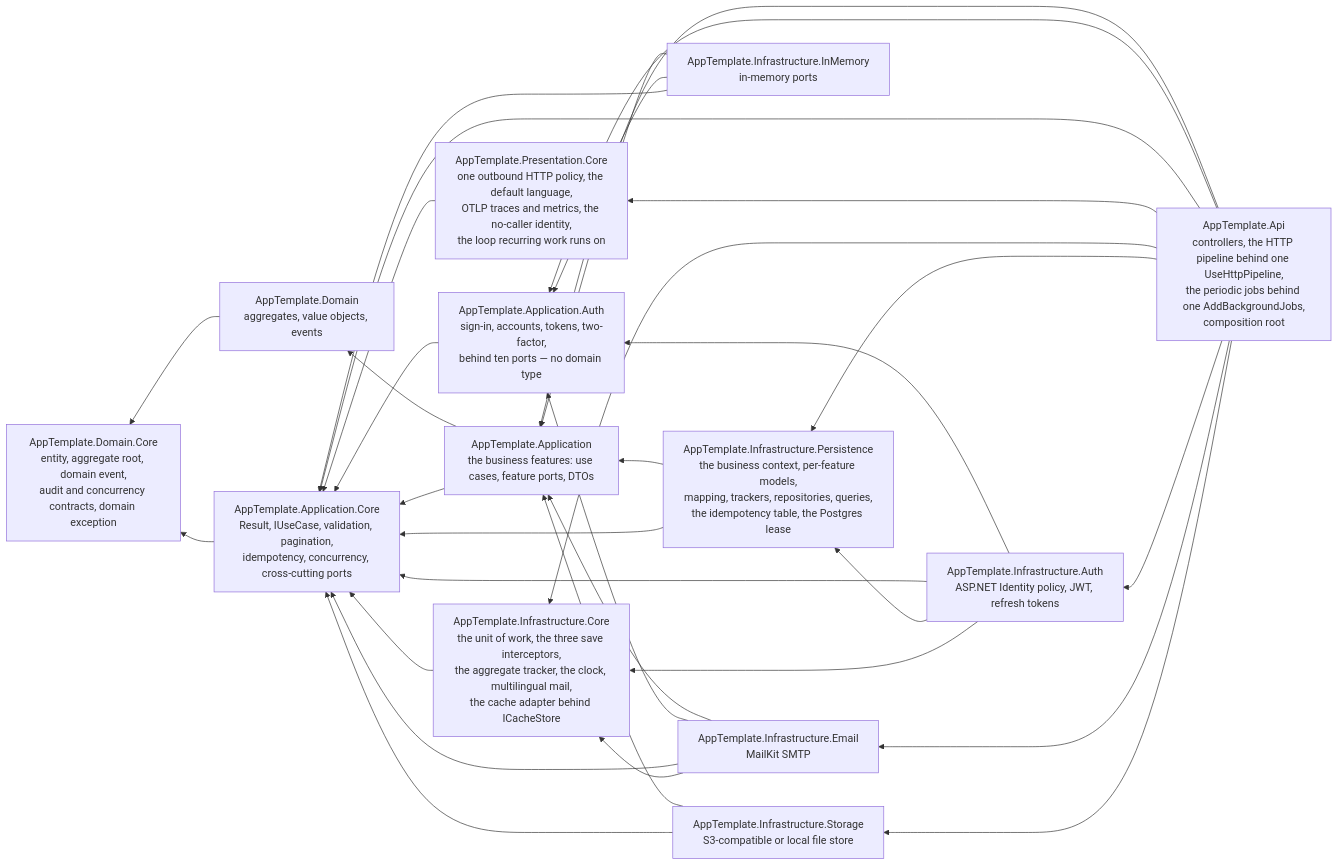
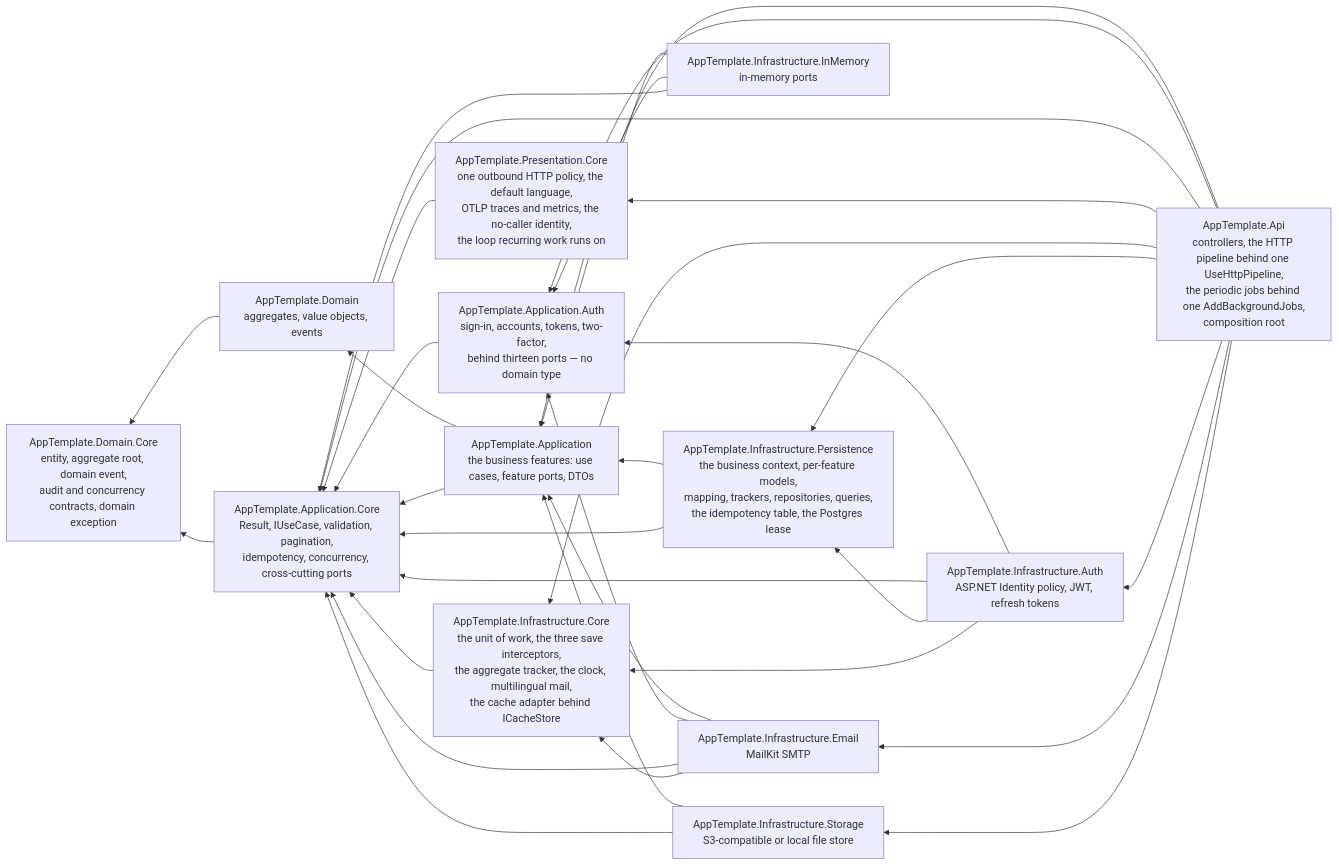
The diagram in docs/ARCHITECTURE.md (Pierre-MarieMarchio/Template-DotNet_Clean_Architecture), drawn with Mermaid before and after one commit. The commit also changed other lines of this file and 4 other files, not shown here.

````diff
--- a/docs/ARCHITECTURE.md
+++ b/docs/ARCHITECTURE.md
@@ -52,48 +52,48 @@
 ```mermaid
 graph RL
     Api[AppTemplate.Api<br/>controllers, the HTTP pipeline behind one UseHttpPipeline,<br/>the periodic jobs behind one AddBackgroundJobs,<br/>composition root]
     PresCore[AppTemplate.Presentation.Core<br/>one outbound HTTP policy, the default language,<br/>OTLP traces and metrics, the no-caller identity,<br/>the loop recurring work runs on]
     Ident[AppTemplate.Infrastructure.Auth<br/>ASP.NET Identity policy, JWT, refresh tokens]
     Mail[AppTemplate.Infrastructure.Email<br/>MailKit SMTP]
     Store[AppTemplate.Infrastructure.Storage<br/>S3-compatible or local file store]
     Mem[AppTemplate.Infrastructure.InMemory<br/>in-memory ports]
     Pers[AppTemplate.Infrastructure.Persistence<br/>the business context, per-feature models,<br/>mapping, trackers, repositories, queries,<br/>the idempotency table, the Postgres lease]
     InfraCore[AppTemplate.Infrastructure.Core<br/>the unit of work, the three save interceptors,<br/>the aggregate tracker, the clock, multilingual mail,<br/>the cache adapter behind ICacheStore]
     App[AppTemplate.Application<br/>the business features: use cases, feature ports, DTOs]
-    Auth[AppTemplate.Application.Auth<br/>sign-in, accounts, tokens, two-factor,<br/>behind ten ports — no domain type]
+    Auth[AppTemplate.Application.Auth<br/>sign-in, accounts, tokens, two-factor,<br/>behind thirteen ports — no domain type]
     AppCore[AppTemplate.Application.Core<br/>Result, IUseCase, validation, pagination,<br/>idempotency, concurrency, cross-cutting ports]
     Dom[AppTemplate.Domain<br/>aggregates, value objects, events]
     DomCore[AppTemplate.Domain.Core<br/>entity, aggregate root, domain event,<br/>audit and concurrency contracts, domain exception]
 
     Dom --> DomCore
     AppCore --> DomCore
     App --> Dom
     App --> AppCore
     Auth --> AppCore
     PresCore --> AppCore
     InfraCore --> AppCore
     Pers --> App
     Pers --> AppCore
     Ident --> Auth
     Ident --> AppCore
     Ident --> Pers
     Ident --> InfraCore
     Mail --> App
     Mail --> Auth
     Mail --> AppCore
     Mail --> InfraCore
     Store --> App
     Store --> AppCore
     Mem --> App
     Mem --> Auth
     Mem --> AppCore
     Api --> App
     Api --> Auth
     Api --> AppCore
     Api --> PresCore
     Api --> InfraCore
     Api --> Pers
     Api --> Ident
     Api --> Mail
     Api --> Store
 ```
````
